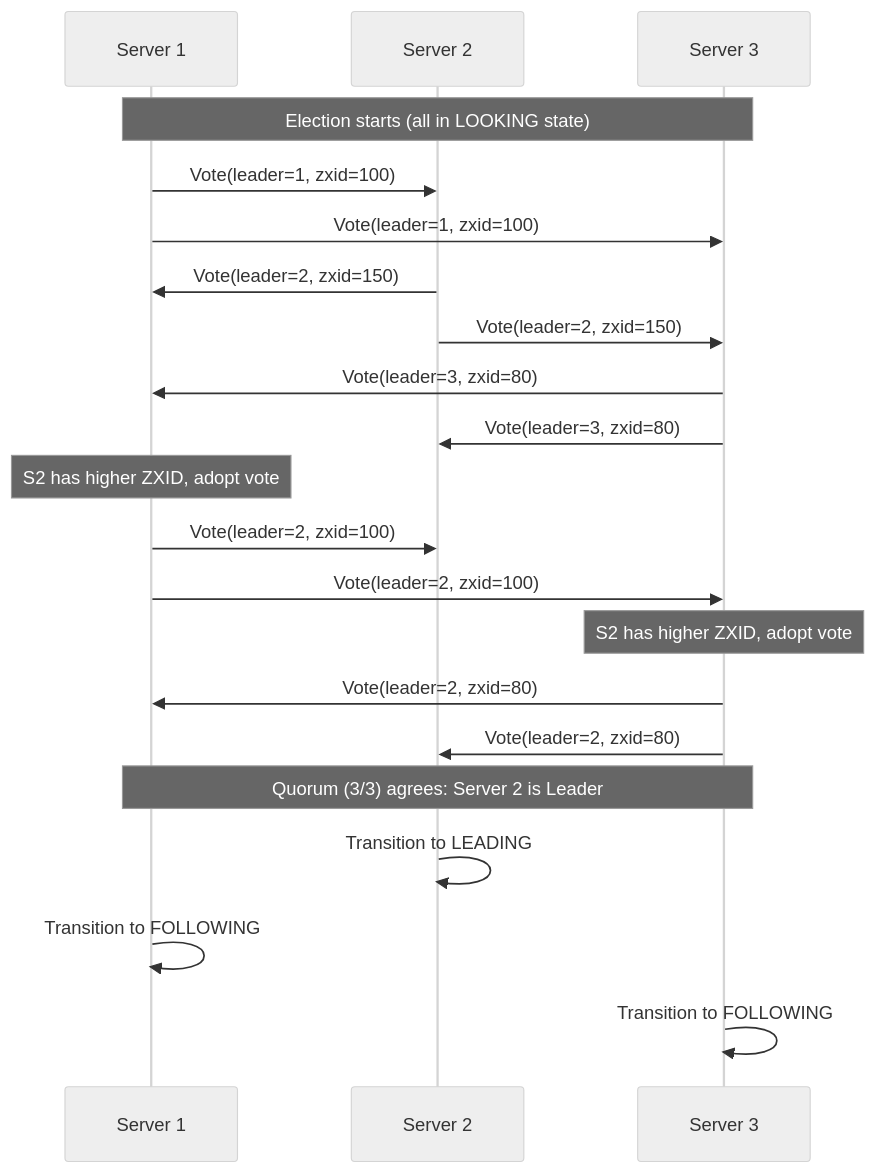
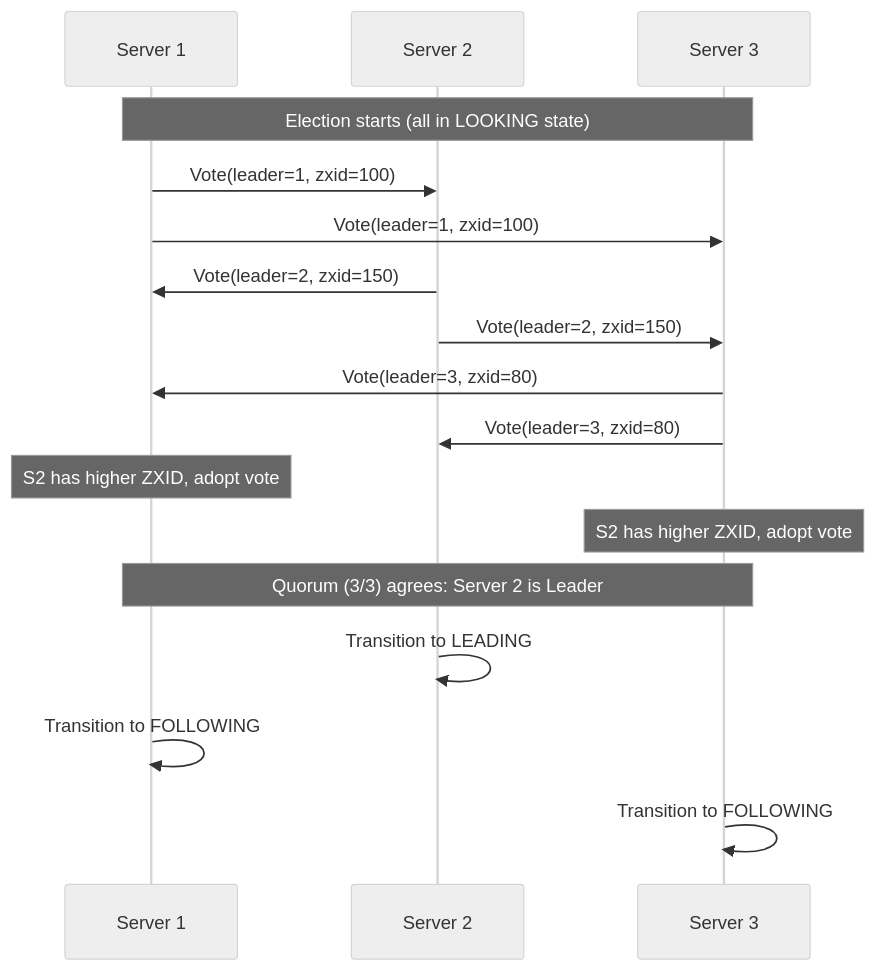
One commit to ichbingautam/zephyr-coord changed the first of 2 diagrams in README.md. Above: the diagram before and after it, drawn with Mermaid (neutral theme). The commit also changed other lines of this file, not shown here.

````diff
--- a/README.md
+++ b/README.md
@@ -181,29 +386,24 @@
 ```mermaid
 sequenceDiagram
     participant S1 as Server 1
     participant S2 as Server 2
     participant S3 as Server 3
 
     Note over S1,S3: Election starts (all in LOOKING state)
 
     S1->>S2: Vote(leader=1, zxid=100)
     S1->>S3: Vote(leader=1, zxid=100)
     S2->>S1: Vote(leader=2, zxid=150)
     S2->>S3: Vote(leader=2, zxid=150)
     S3->>S1: Vote(leader=3, zxid=80)
     S3->>S2: Vote(leader=3, zxid=80)
 
     Note over S1: S2 has higher ZXID, adopt vote
-    S1->>S2: Vote(leader=2, zxid=100)
-    S1->>S3: Vote(leader=2, zxid=100)
-
     Note over S3: S2 has higher ZXID, adopt vote
-    S3->>S1: Vote(leader=2, zxid=80)
-    S3->>S2: Vote(leader=2, zxid=80)
 
     Note over S1,S3: Quorum (3/3) agrees: Server 2 is Leader
 
     S2->>S2: Transition to LEADING
     S1->>S1: Transition to FOLLOWING
     S3->>S3: Transition to FOLLOWING
 ```
````
